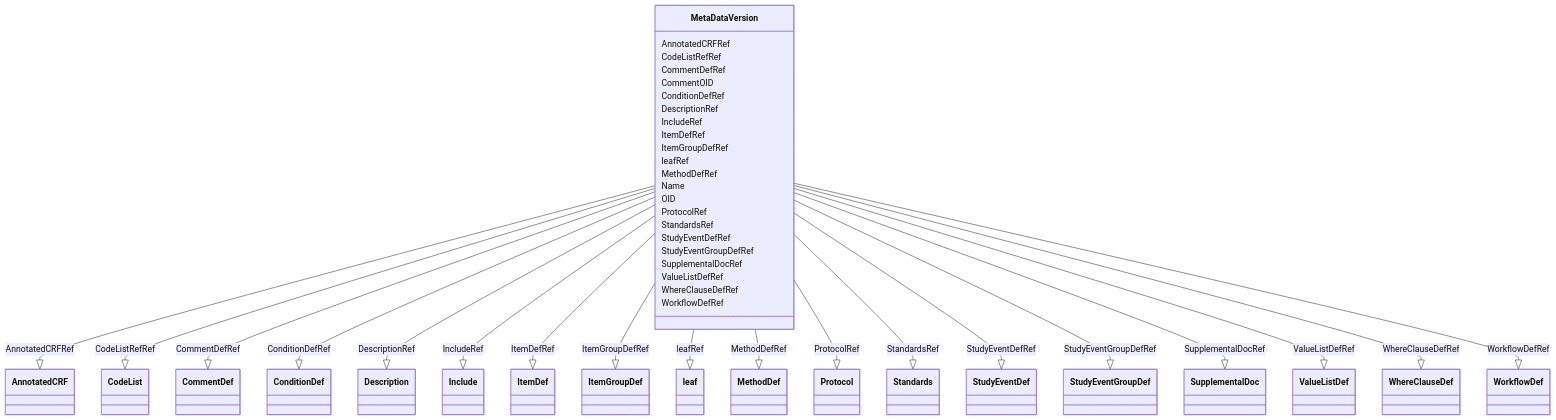
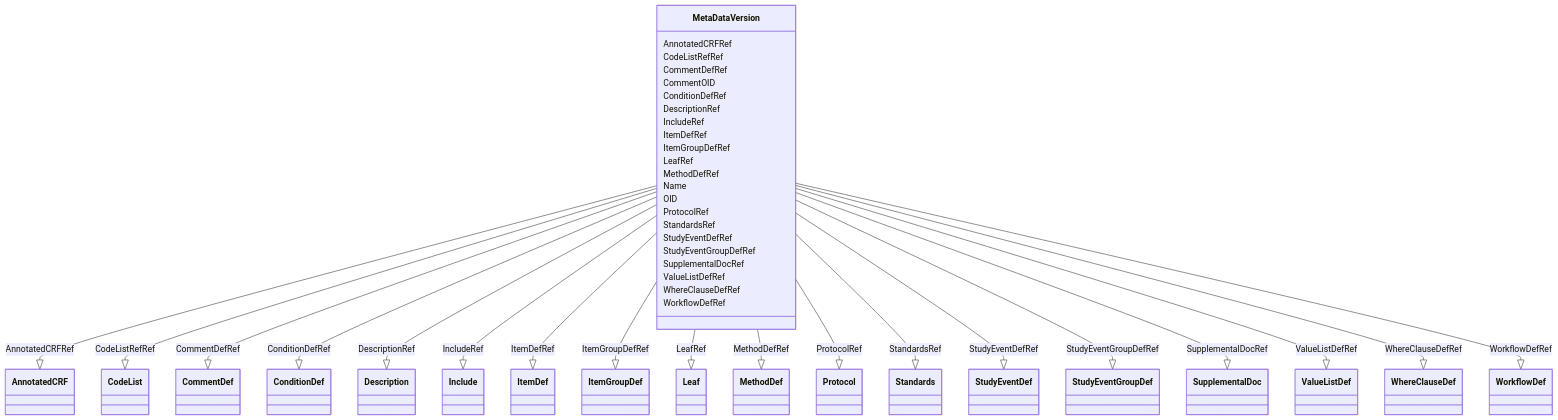
The diagram in docs/MetaDataVersion.md (cdisc-org/DataExchange-ODM-LinkML), drawn with Mermaid before and after one commit. The commit also changed other lines of this file and 555 other files, not shown here.

````diff
--- a/docs/MetaDataVersion.md
+++ b/docs/MetaDataVersion.md
@@ -9,83 +14,83 @@
 ```mermaid
  classDiagram
     class MetaDataVersion
       MetaDataVersion : AnnotatedCRFRef
         
           MetaDataVersion --|> AnnotatedCRF : AnnotatedCRFRef
         
       MetaDataVersion : CodeListRefRef
         
           MetaDataVersion --|> CodeList : CodeListRefRef
         
       MetaDataVersion : CommentDefRef
         
           MetaDataVersion --|> CommentDef : CommentDefRef
         
       MetaDataVersion : CommentOID
         
       MetaDataVersion : ConditionDefRef
         
           MetaDataVersion --|> ConditionDef : ConditionDefRef
         
       MetaDataVersion : DescriptionRef
         
           MetaDataVersion --|> Description : DescriptionRef
         
       MetaDataVersion : IncludeRef
         
           MetaDataVersion --|> Include : IncludeRef
         
       MetaDataVersion : ItemDefRef
         
           MetaDataVersion --|> ItemDef : ItemDefRef
         
       MetaDataVersion : ItemGroupDefRef
         
           MetaDataVersion --|> ItemGroupDef : ItemGroupDefRef
         
-      MetaDataVersion : leafRef
+      MetaDataVersion : LeafRef
         
-          MetaDataVersion --|> leaf : leafRef
+          MetaDataVersion --|> Leaf : LeafRef
         
       MetaDataVersion : MethodDefRef
         
           MetaDataVersion --|> MethodDef : MethodDefRef
         
       MetaDataVersion : Name
         
       MetaDataVersion : OID
         
       MetaDataVersion : ProtocolRef
         
           MetaDataVersion --|> Protocol : ProtocolRef
         
       MetaDataVersion : StandardsRef
         
           MetaDataVersion --|> Standards : StandardsRef
         
       MetaDataVersion : StudyEventDefRef
         
           MetaDataVersion --|> StudyEventDef : StudyEventDefRef
         
       MetaDataVersion : StudyEventGroupDefRef
         
           MetaDataVersion --|> StudyEventGroupDef : StudyEventGroupDefRef
         
       MetaDataVersion : SupplementalDocRef
         
           MetaDataVersion --|> SupplementalDoc : SupplementalDocRef
         
       MetaDataVersion : ValueListDefRef
         
           MetaDataVersion --|> ValueListDef : ValueListDefRef
         
       MetaDataVersion : WhereClauseDefRef
         
           MetaDataVersion --|> WhereClauseDef : WhereClauseDefRef
         
       MetaDataVersion : WorkflowDefRef
         
           MetaDataVersion --|> WorkflowDef : WorkflowDefRef
         
       
 ```
````
